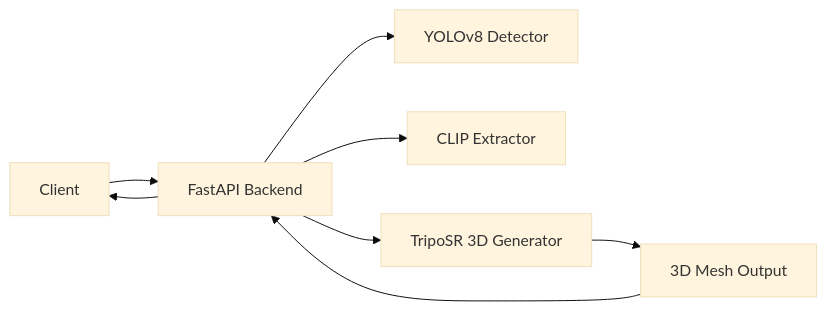
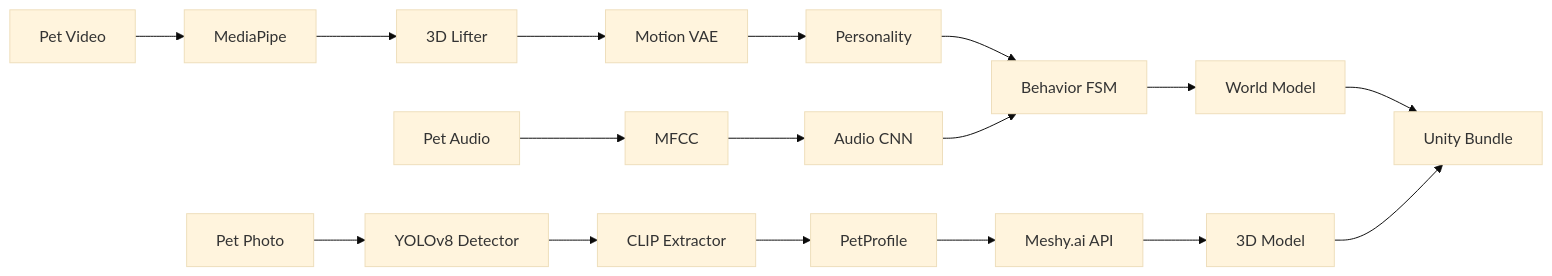
The diagram in README.md (MozhouGao/PetSoul), drawn with Mermaid (base theme) before and after one commit. The commit also changed other lines of this file and 69 other files, not shown here.

Commit message:
Refactor to V0.1, pet detection -> generate 3D -> motion  and pose enrich -> personality enrich -> audio enrich

````diff
--- a/README.md
+++ b/README.md
@@ -29,10 +30,22 @@
 ```mermaid
 graph LR
-    UI[Client] --> API[FastAPI Backend]
-    API --> YOLO[YOLOv8 Detector]
-    API --> CLIP[CLIP Extractor]
-    API --> TRIPOSR[TripoSR 3D Generator]
-    TRIPOSR --> MESH[3D Mesh Output]
-    MESH --> API
-    API --> UI
+    Photo[Pet Photo] --> YOLO[YOLOv8 Detector]
+    YOLO --> CLIP[CLIP Extractor]
+    CLIP --> Profile[PetProfile]
+    Profile --> Meshy[Meshy.ai API]
+    Meshy --> GLB[3D Model]
+
+    Video[Pet Video] --> MP[MediaPipe]
+    MP --> Lift[3D Lifter]
+    Lift --> VAE[Motion VAE]
+    VAE --> Personality[Personality]
+
+    Audio[Pet Audio] --> MFCC[MFCC]
+    MFCC --> CNN[Audio CNN]
+
+    Personality --> FSM[Behavior FSM]
+    CNN --> FSM
+    FSM --> World[World Model]
+    World --> Export[Unity Bundle]
+    GLB --> Export
 ```
````
